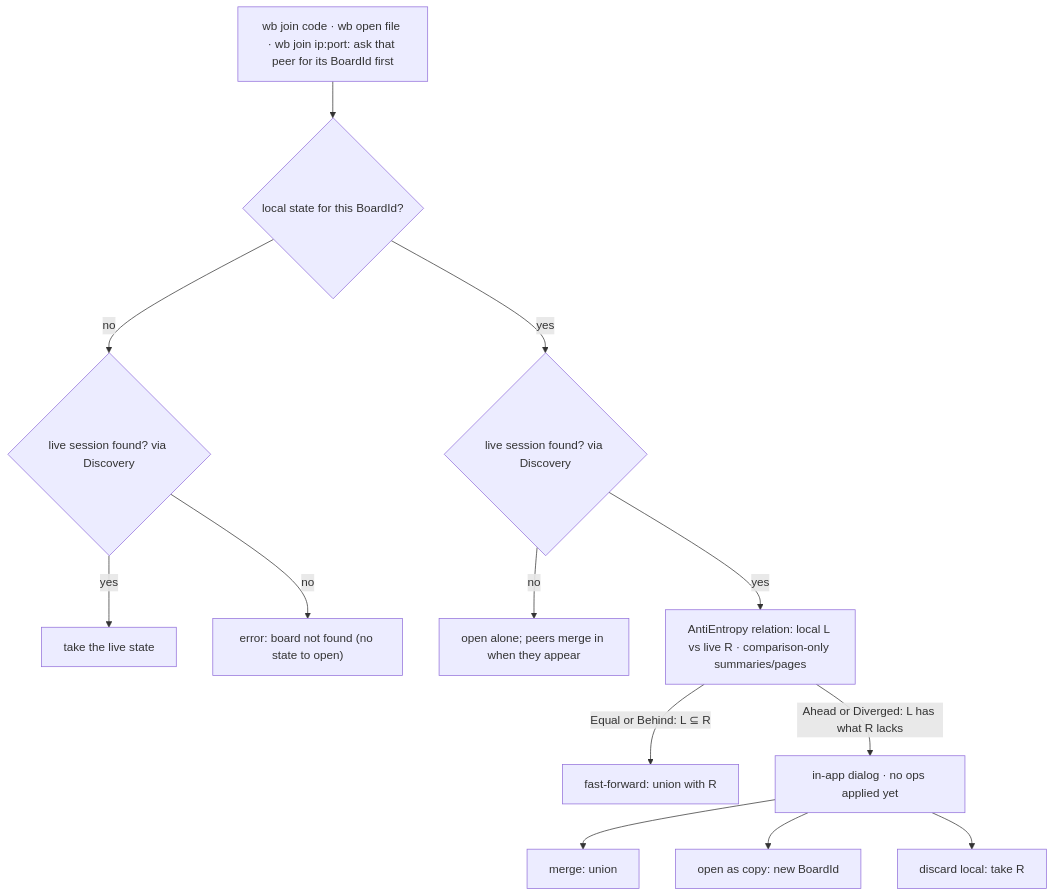
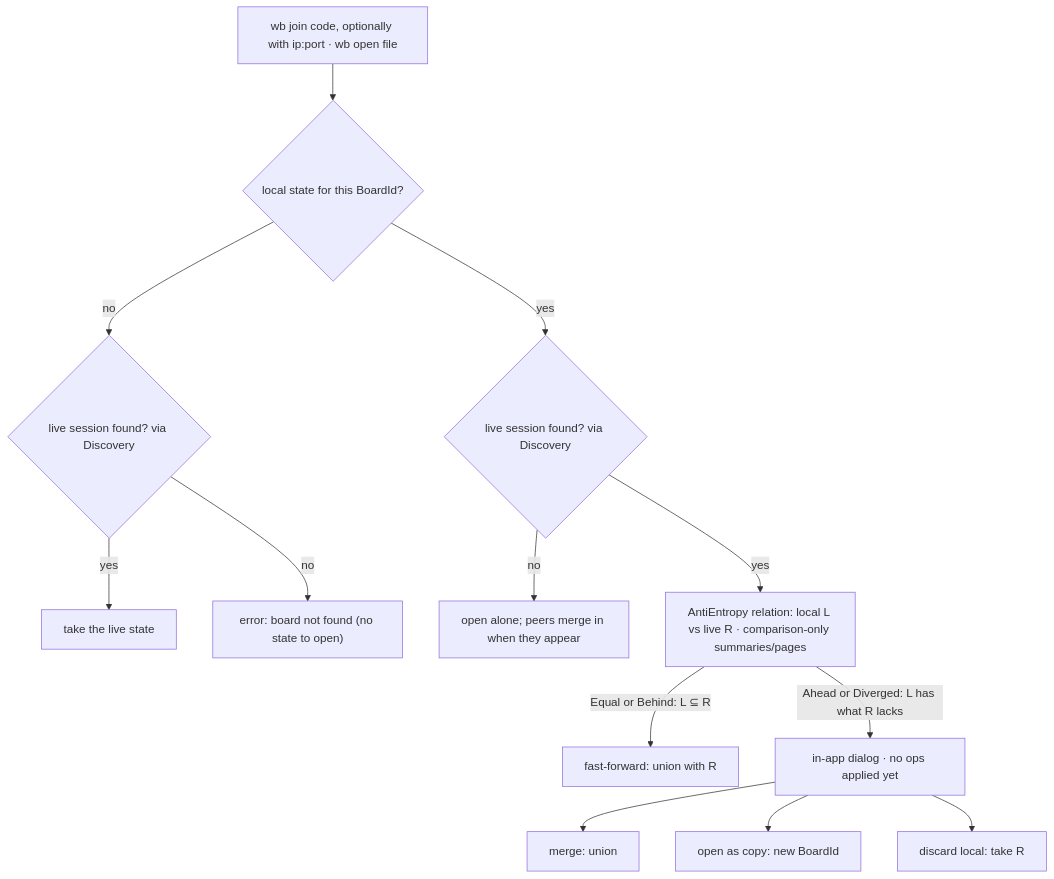
The diagram in docs/design/join-flow.md (Student-Team-Projects/Most-Overkilled-Whiteboard-for-ArchLinux), drawn with Mermaid before and after one commit. The commit also changed other lines of this file and 2 other files, not shown here.

Commit message:
Join by ip:port needs the code too (T46, ADR 0025) (#96)
* Join by ip:port needs the code too; peers never reveal their BoardId

* ADR 0025: punches are board-agnostic; only Board bodies need the BoardId

---------

````diff
--- a/docs/design/join-flow.md
+++ b/docs/design/join-flow.md
@@ -6,15 +6,15 @@
 ```mermaid
 flowchart TD
-    start["wb join code · wb open file · wb join ip:port: ask that peer for its BoardId first"] --> local{"local state for this BoardId?"}
+    start["wb join code, optionally with ip:port · wb open file"] --> local{"local state for this BoardId?"}
     local -- no --> livecheck{"live session found? via Discovery"}
     livecheck -- yes --> take["take the live state"]
     livecheck -- no --> missing["error: board not found (no state to open)"]
     local -- yes --> live{"live session found? via Discovery"}
     live -- no --> seed["open alone; peers merge in when they appear"]
     live -- yes --> rel["AntiEntropy relation: local L vs live R · comparison-only summaries/pages"]
     rel -- "Equal or Behind: L ⊆ R" --> ff["fast-forward: union with R"]
     rel -- "Ahead or Diverged: L has what R lacks" --> dlg["in-app dialog · no ops applied yet"]
     dlg --> merge["merge: union"]
     dlg --> copy["open as copy: new BoardId"]
     dlg --> discard["discard local: take R"]
 ```
````
